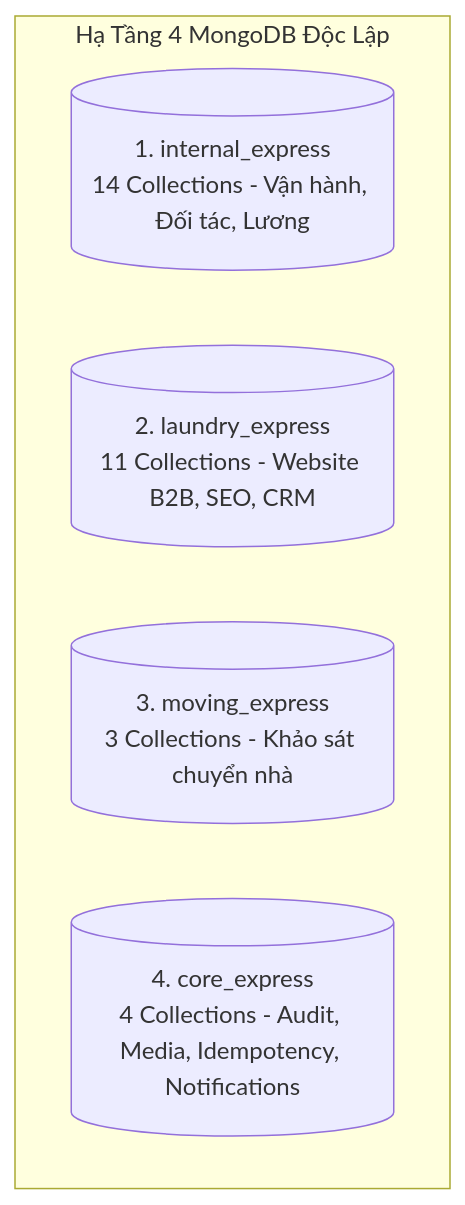
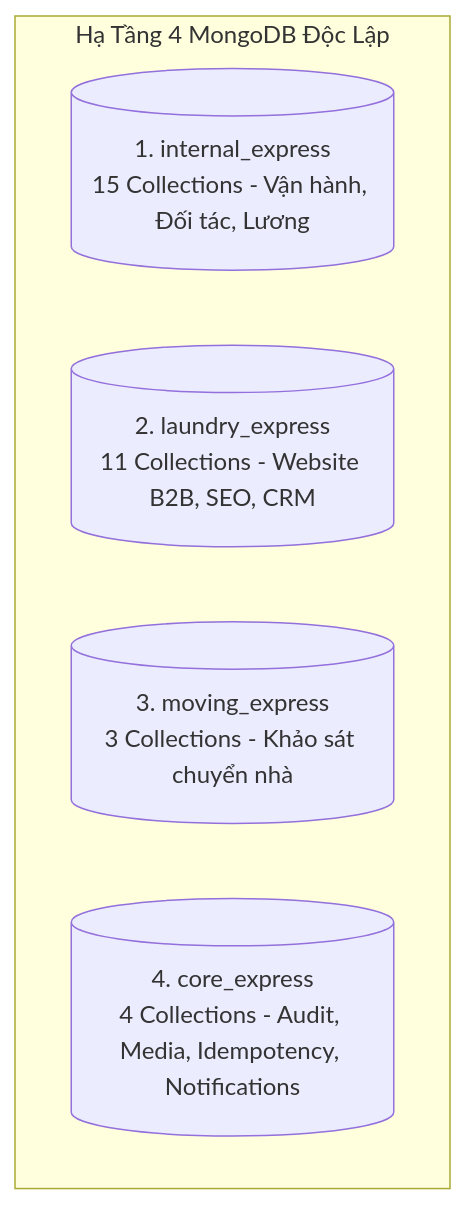
Before and after one commit to huyhoang011004/Project_Thanh_Xuan_Company: the first of 3 diagrams in .agents/docs/DATABASE_DICTIONARY.md, drawn with Mermaid. The commit also changed other lines of this file and 6 other files, not shown here.

````diff
--- a/.agents/docs/DATABASE_DICTIONARY.md
+++ b/.agents/docs/DATABASE_DICTIONARY.md
@@ -13,9 +13,9 @@
 ```mermaid
 graph TD
     subgraph Multi_Database_Topology ["Hạ Tầng 4 MongoDB Độc Lập"]
-        DB_Internal[("1. internal_express<br/>14 Collections - Vận hành, Đối tác, Lương")]
+        DB_Internal[("1. internal_express<br/>15 Collections - Vận hành, Đối tác, Lương")]
         DB_Laundry[("2. laundry_express<br/>11 Collections - Website B2B, SEO, CRM")]
         DB_Moving[("3. moving_express<br/>3 Collections - Khảo sát chuyển nhà")]
         DB_Core[("4. core_express<br/>4 Collections - Audit, Media, Idempotency, Notifications")]
     end
 ```
````
